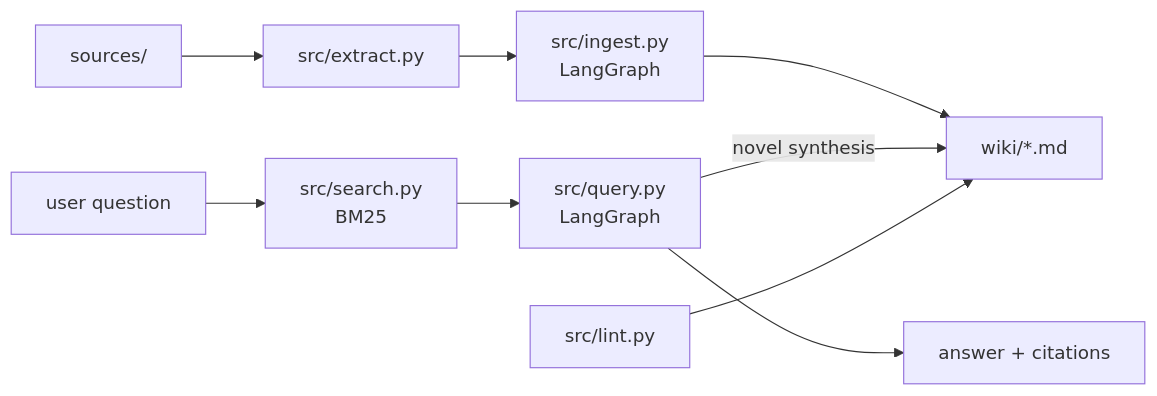
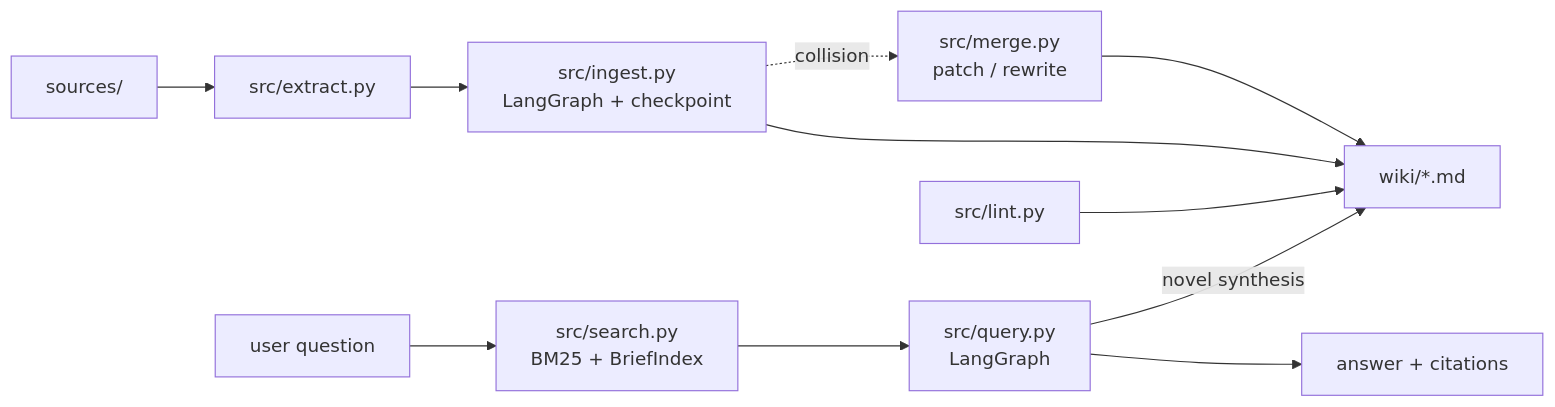
The diagram in README.md (RemixaWorld/llm-wiki), drawn with Mermaid before and after one commit. The commit also changed other lines of this file and 1694 other files, not shown here.

````diff
--- a/README.md
+++ b/README.md
@@ -37,11 +73,13 @@
 ```mermaid
 graph LR
     A[sources/] --> B[src/extract.py]
-    B --> C[src/ingest.py<br/>LangGraph]
+    B --> C[src/ingest.py<br/>LangGraph + checkpoint]
     C --> D[wiki/*.md]
-    E[user question] --> F[src/search.py<br/>BM25]
+    E[user question] --> F[src/search.py<br/>BM25 + BriefIndex]
     F --> G[src/query.py<br/>LangGraph]
     G --> H[answer + citations]
     G -->|novel synthesis| D
-    I[src/lint.py] --> D
+    C -.->|collision| I[src/merge.py<br/>patch / rewrite]
+    I --> D
+    J[src/lint.py] --> D
 ```
````
